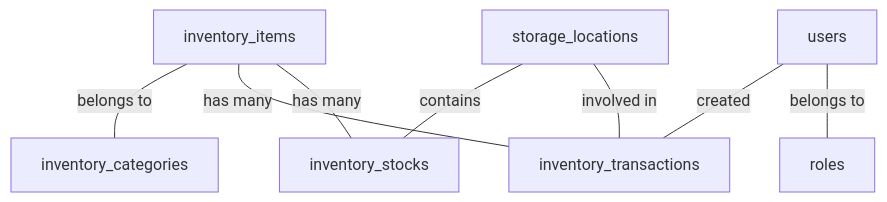
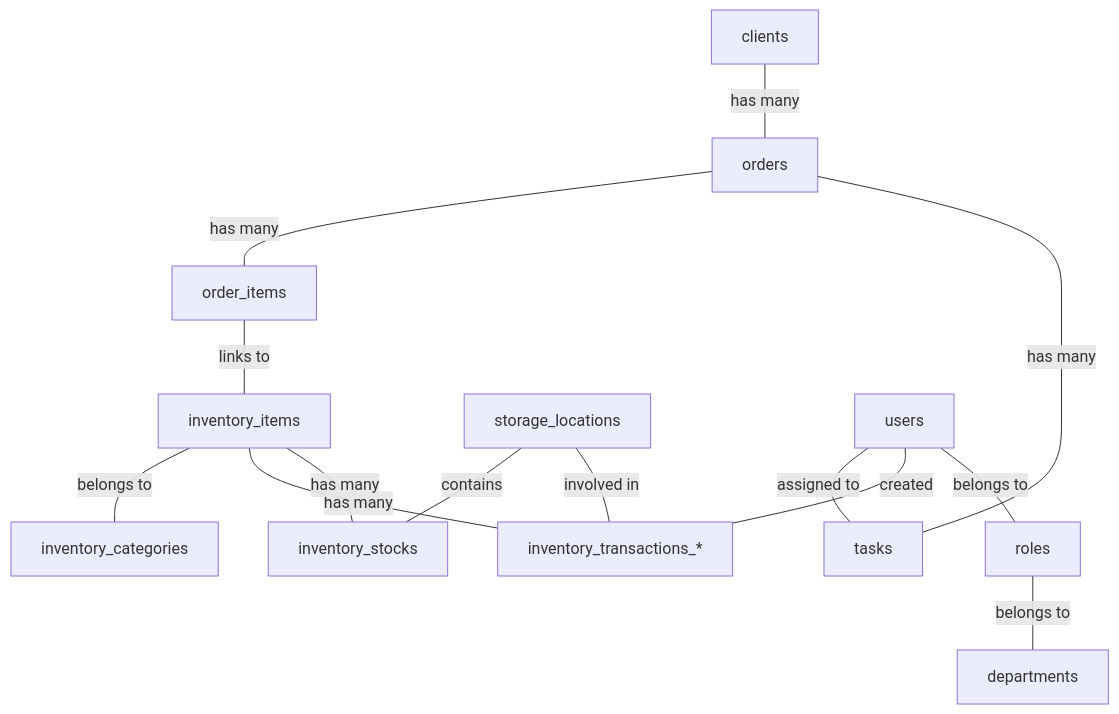
Before and after one commit to merch-crm/merch-crm: the diagram in .agent/db-schema-map.md, drawn with Mermaid. The commit also changed other lines of this file and 920 other files, not shown here.

````diff
--- a/.agent/db-schema-map.md
+++ b/.agent/db-schema-map.md
@@ -22,10 +65,19 @@
 ```mermaid
 graph TD
     UI[inventory_items] -- belongs to --- IC[inventory_categories]
-    UI -- has many --- TR[inventory_transactions]
+    UI -- has many --- TR[inventory_transactions_*]
     UI -- has many --- ST[inventory_stocks]
     SL[storage_locations] -- contains --- ST
     SL -- involved in --- TR
-    U[users] -- created --- TR
+    
+    C[clients] -- has many --- O[orders]
+    O -- has many --- OI[order_items]
+    OI -- links to --- UI
+    
+    O -- has many --- T[tasks]
+    
+    U[users] -- assigned to --- T
+    U -- created --- TR
     U -- belongs to --- R[roles]
+    R -- belongs to --- D[departments]
 ```
````
